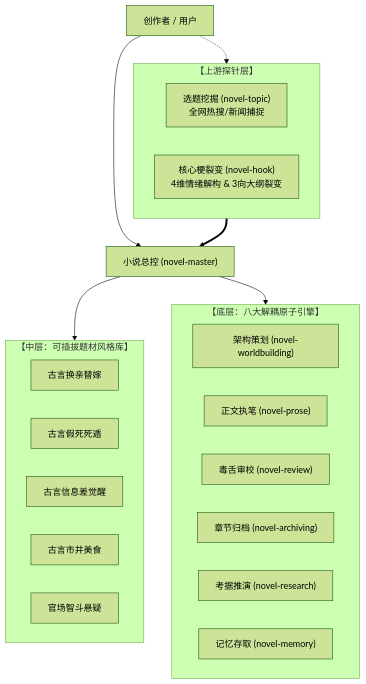
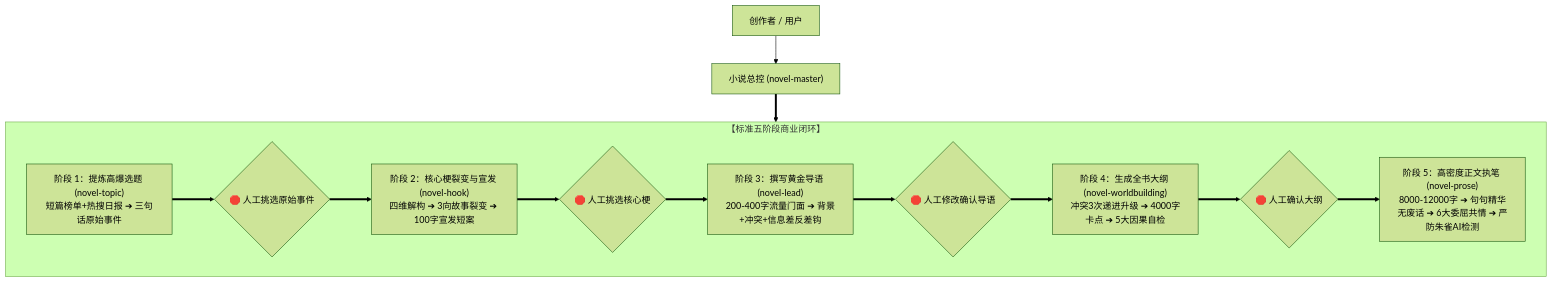
The diagram in README.md (Sun-tech2020/novel-master), drawn with Mermaid (forest theme) before and after one commit. The commit also changed other lines of this file and 7 other files, not shown here.

Commit message:
feat(skills): v3.7 implement 5-stage SOP with 100-word promo hook, 200-400w lead engine, 4000w cliffhanger outline, and 8-12k prose

````diff
--- a/README.md
+++ b/README.md
@@ -9,30 +9,20 @@
 ```mermaid
 flowchart TD
     User["创作者 / 用户"] --> Master["小说总控 (novel-master)"]
     
-    subgraph Upstream["【上游探针层】"]
-        T1["选题挖掘 (novel-topic)<br>全网热搜/新闻捕捉"]
-        T2["核心梗裂变 (novel-hook)<br>4维情绪解构 & 3向大纲裂变"]
-    end
-    
-    subgraph Presets["【中层：可插拔题材风格库】"]
-        F1["古言换亲替嫁"]
-        F2["古言假死死遁"]
-        F3["古言信息差觉醒"]
-        F4["古言市井美食"]
-        F5["官场智斗悬疑"]
-    end
-    
-    subgraph Engines["【底层：八大解耦原子引擎】"]
-        E1["架构策划 (novel-worldbuilding)"]
-        E2["正文执笔 (novel-prose)"]
-        E3["毒舌审校 (novel-review)"]
-        E4["章节归档 (novel-archiving)"]
-        E5["考据推演 (novel-research)"]
-        E6["记忆存取 (novel-memory)"]
+    subgraph Pipeline["【标准五阶段商业闭环】"]
+        S1["阶段 1：提炼高爆选题 (novel-topic)<br>短篇榜单+热搜日报 ➔ 三句话原始事件"]
+        P1{"🛑 人工挑选原始事件"}
+        S2["阶段 2：核心梗裂变与宣发 (novel-hook)<br>四维解构 ➔ 3向故事裂变 ➔ 100字宣发短案"]
+        P2{"🛑 人工挑选核心梗"}
+        S3["阶段 3：撰写黄金导语 (novel-lead)<br>200-400字流量门面 ➔ 背景+冲突+信息差反差钩"]
+        P3{"🛑 人工修改确认导语"}
+        S4["阶段 4：生成全书大纲 (novel-worldbuilding)<br>冲突3次递进升级 ➔ 4000字卡点 ➔ 5大因果自检"]
+        P4{"🛑 人工确认大纲"}
+        S5["阶段 5：高密度正文执笔 (novel-prose)<br>8000-12000字 ➔ 句句精华无废话 ➔ 6大委屈共情 ➔ 严防朱雀AI检测"]
+        
+        S1 ==> P1 ==> S2 ==> P2 ==> S3 ==> P3 ==> S4 ==> P4 ==> S5
     end
 
-    User -.-> Upstream ==> Master
-    Master --> Presets
-    Master --> Engines
+    Master ==> Pipeline
 ```
````
